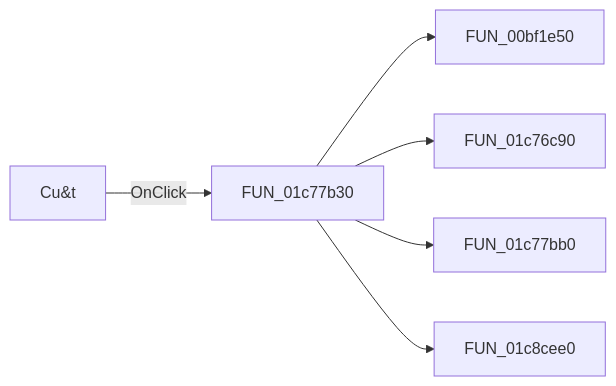
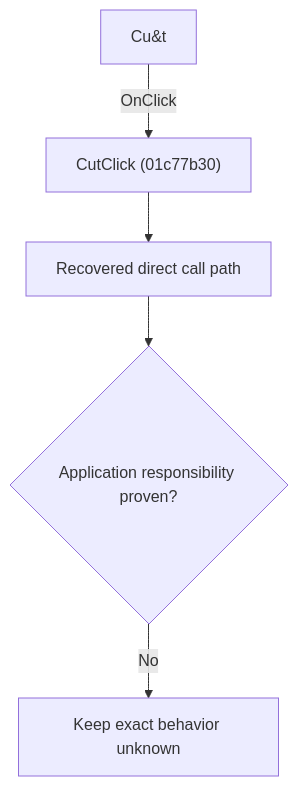
The diagram in docs/ui-controls/schematiceditor/cut-0db877045a.md (MovGP0/TIARA), drawn with Mermaid before and after one commit. The commit also changed other lines of this file and 1062 other files, not shown here.

````diff
--- a/docs/ui-controls/schematiceditor/cut-0db877045a.md
+++ b/docs/ui-controls/schematiceditor/cut-0db877045a.md
@@ -27,8 +27,7 @@
 ```mermaid
-flowchart LR
-    control["Cu&t"] -->|OnClick| handler["FUN_01c77b30"]
-    handler --> call1["FUN_00bf1e50"]
-    handler --> call2["FUN_01c76c90"]
-    handler --> call3["FUN_01c77bb0"]
-    handler --> call4["FUN_01c8cee0"]
+flowchart TD
+    control["Cu&t"] -->|"OnClick"| handler["CutClick (01c77b30)"]
+    handler --> recovered["Recovered direct call path"]
+    recovered --> gap{"Application responsibility proven?"}
+    gap -->|"No"| blocked["Keep exact behavior unknown"]
 ```
````
